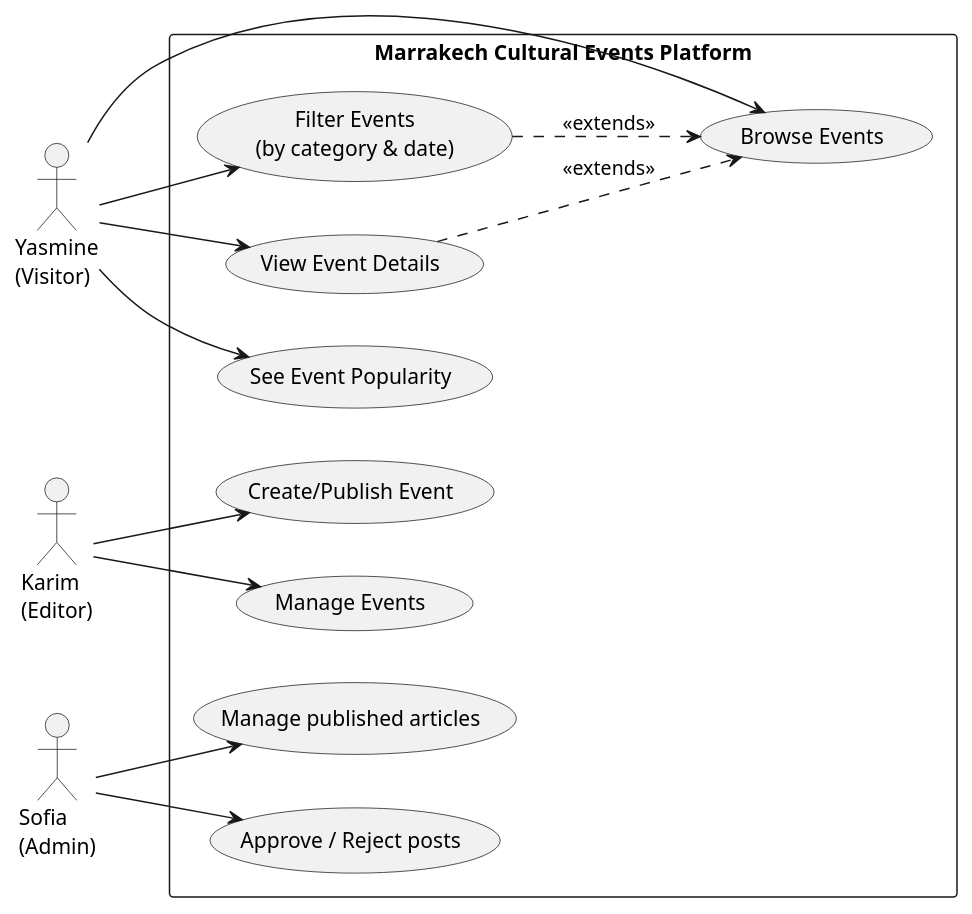
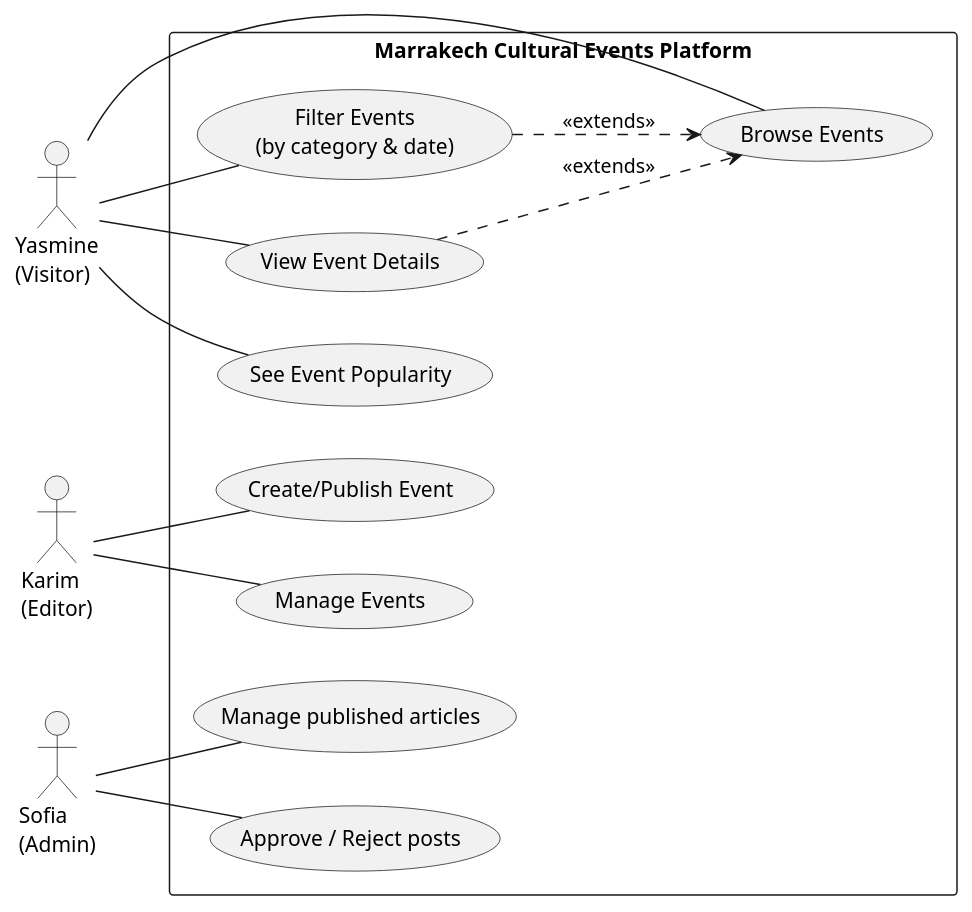
Before and after one commit to Adnane-x87/Blog-Marrakech-Culture-Lab: the diagram in diagramme.puml, drawn with PlantUML. The commit also changed other lines of this file, not shown here.

```diff
--- a/diagramme.puml
+++ b/diagramme.puml
@@ -1,43 +1,43 @@
 @startuml
 left to right direction
 skinparam packageStyle rectangle
 
 actor "Yasmine\n(Visitor)" as Yasmine
 actor "Karim\n(Editor)" as Karim
 actor "Sofia\n(Admin)" as Sofia
 
 rectangle "Marrakech Cultural Events Platform" {
 
   ' Yasmine's Use Cases
   usecase "Browse Events" as UC1
   usecase "Filter Events\n(by category & date)" as UC2
   usecase "View Event Details" as UC3
   usecase "See Event Popularity" as UC4
 
   ' Karim's Use Cases
   usecase "Create/Publish Event" as UC7
   usecase "Manage Events" as UC9
 
   ' Sofia's Use Cases
   usecase "Manage published articles" as UC10
   usecase "Approve / Reject posts" as UC11
 }
 
-' Connections for Yasmine
-Yasmine --> UC1
-Yasmine --> UC2
-Yasmine --> UC3
-Yasmine --> UC4
+' Connections for Yasmine (simple lines, no arrows)
+Yasmine -- UC1
+Yasmine -- UC2
+Yasmine -- UC3
+Yasmine -- UC4
 
-' Connections for Karim
-Karim --> UC7
-Karim --> UC9
+' Connections for Karim (simple lines, no arrows)
+Karim -- UC7
+Karim -- UC9
 
-' Connections for Sofia
-Sofia --> UC10
-Sofia --> UC11
+' Connections for Sofia (simple lines, no arrows)
+Sofia -- UC10
+Sofia -- UC11
 
-' Relationships between use cases
+' Relationships between use cases (these keep the directed arrows)
 UC2 ..> UC1 : <<extends>>
 UC3 ..> UC1 : <<extends>>
 @enduml
```
